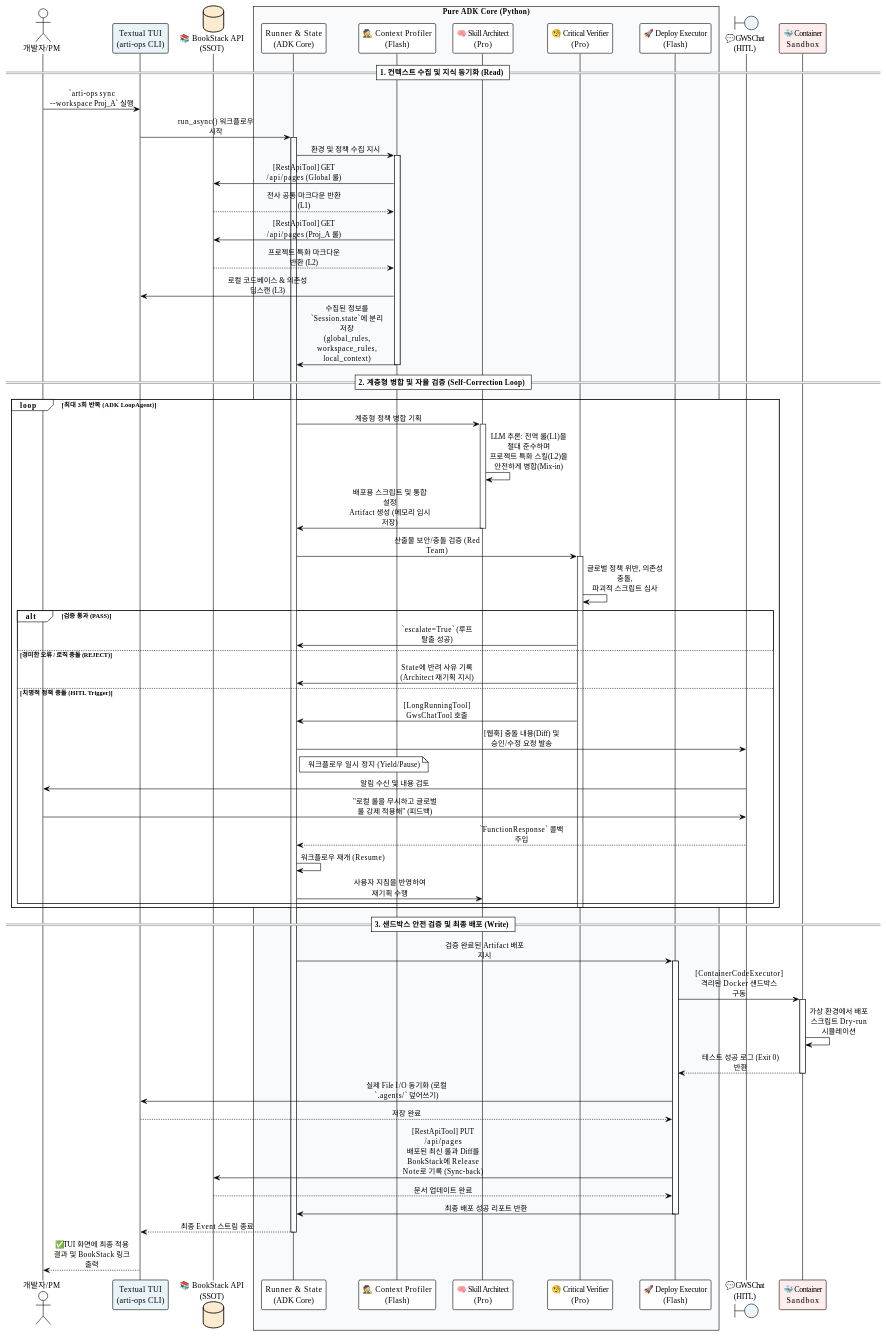
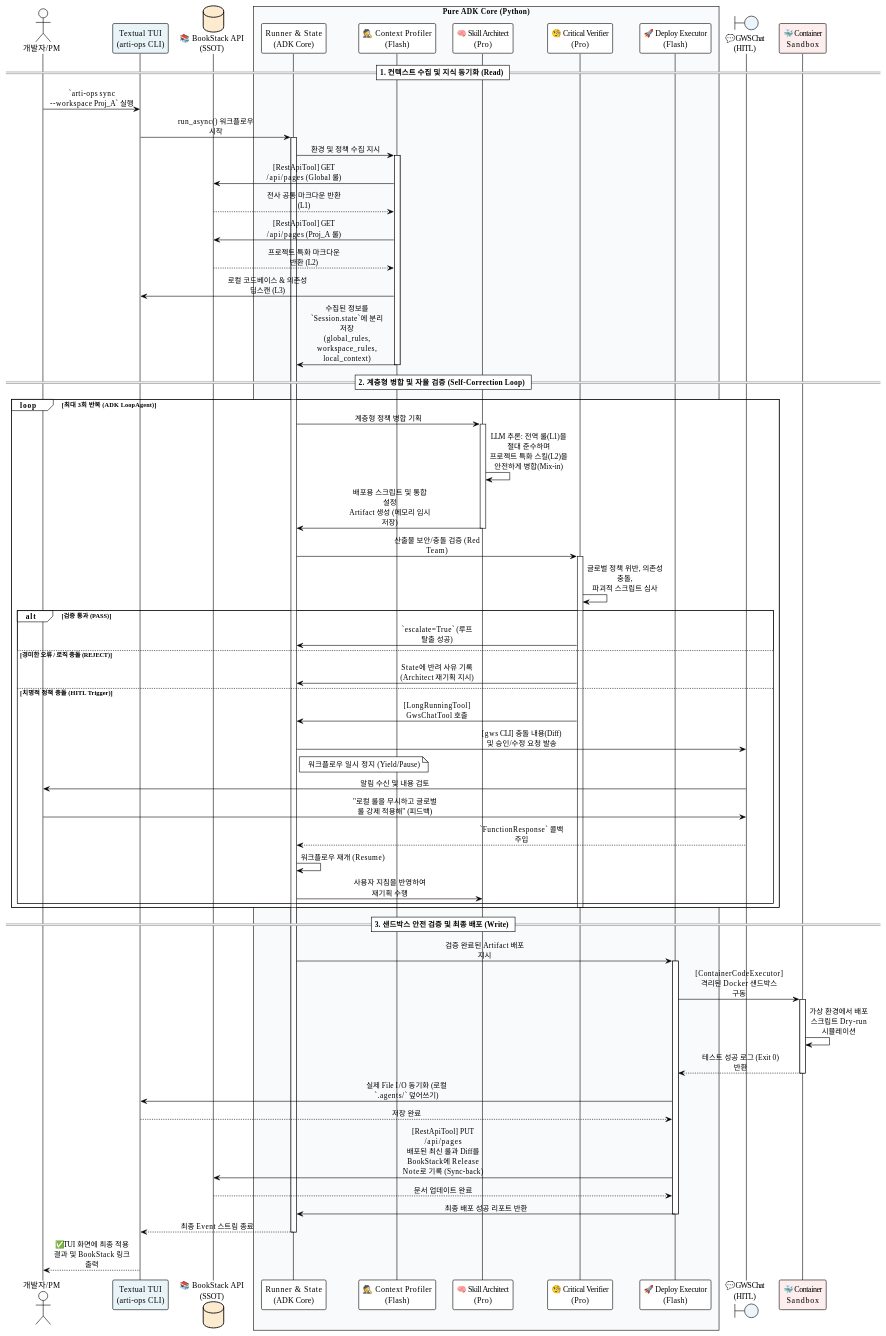
Before and after one commit to SaAkSin/arti-ops: the diagram in SSD.md, drawn with PlantUML. The commit also changed other lines of this file and 3 other files, not shown here.

Commit message:
feat: GWS Chat 알림 발송 방식을 HTTP Webhook에서 gws CLI 서브프로세스 연동으로 변경

```diff
--- a/SSD.md
+++ b/SSD.md
@@ -116,7 +116,7 @@
         Verifier -> ADK : State에 반려 사유 기록 (Architect 재기획 지시)
     else 치명적 정책 충돌 (HITL Trigger)
         Verifier -> ADK : [LongRunningTool] GwsChatTool 호출
-        ADK -> GWS : [웹훅] 충돌 내용(Diff) 및 승인/수정 요청 발송
+        ADK -> GWS : [gws CLI] 충돌 내용(Diff) 및 승인/수정 요청 발송
         note right of ADK : 워크플로우 일시 정지 (Yield/Pause)
         GWS -> User : 알림 수신 및 내용 검토
         User -> GWS : "로컬 룰을 무시하고 글로벌 룰 강제 적용해" (피드백)
```
